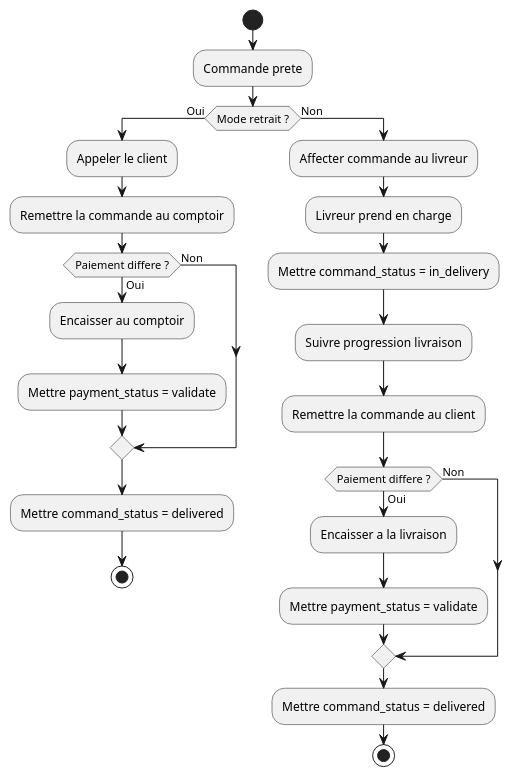
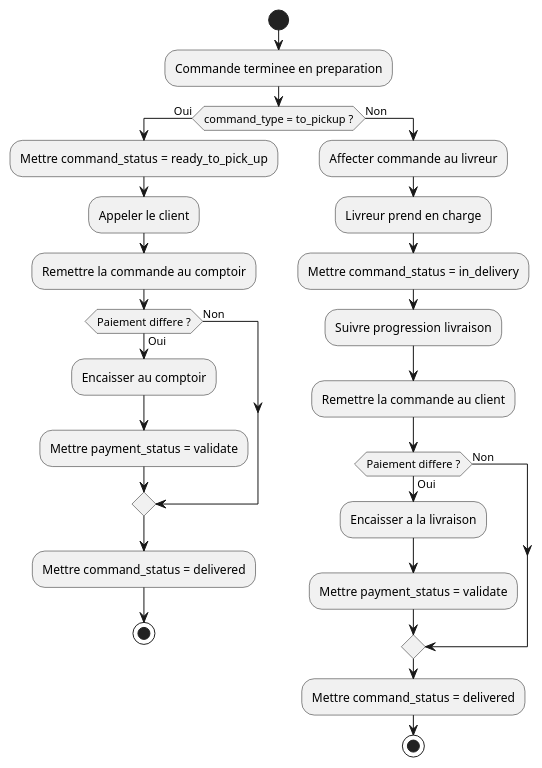
The diagram in workflows/56_workflow_distribution.puml (thekakamask/HandlePizza), drawn with PlantUML before and after one commit. The commit also changed 58 other files, not shown here.

Commit message:
finalisation du dossier de conception fonctionnelle, ajout des diagrammes de séquence et du MPD, export PDF

```diff
--- a/workflows/56_workflow_distribution.puml
+++ b/workflows/56_workflow_distribution.puml
@@ -1,38 +1,39 @@
 @startuml
 skinparam monochrome true
 skinparam shadowing false
 skinparam defaultFontName Arial
 
 start
-:Commande prete;
+:Commande terminee en preparation;
 
-if (Mode retrait ?) then (Oui)
+if (command_type = to_pickup ?) then (Oui)
+  :Mettre command_status = ready_to_pick_up;
   :Appeler le client;
   :Remettre la commande au comptoir;
 
   if (Paiement differe ?) then (Oui)
     :Encaisser au comptoir;
     :Mettre payment_status = validate;
   else (Non)
   endif
 
   :Mettre command_status = delivered;
   stop
 
 else (Non)
   :Affecter commande au livreur;
   :Livreur prend en charge;
   :Mettre command_status = in_delivery;
   :Suivre progression livraison;
   :Remettre la commande au client;
 
   if (Paiement differe ?) then (Oui)
     :Encaisser a la livraison;
     :Mettre payment_status = validate;
   else (Non)
   endif
 
   :Mettre command_status = delivered;
   stop
 endif
 @enduml
```
